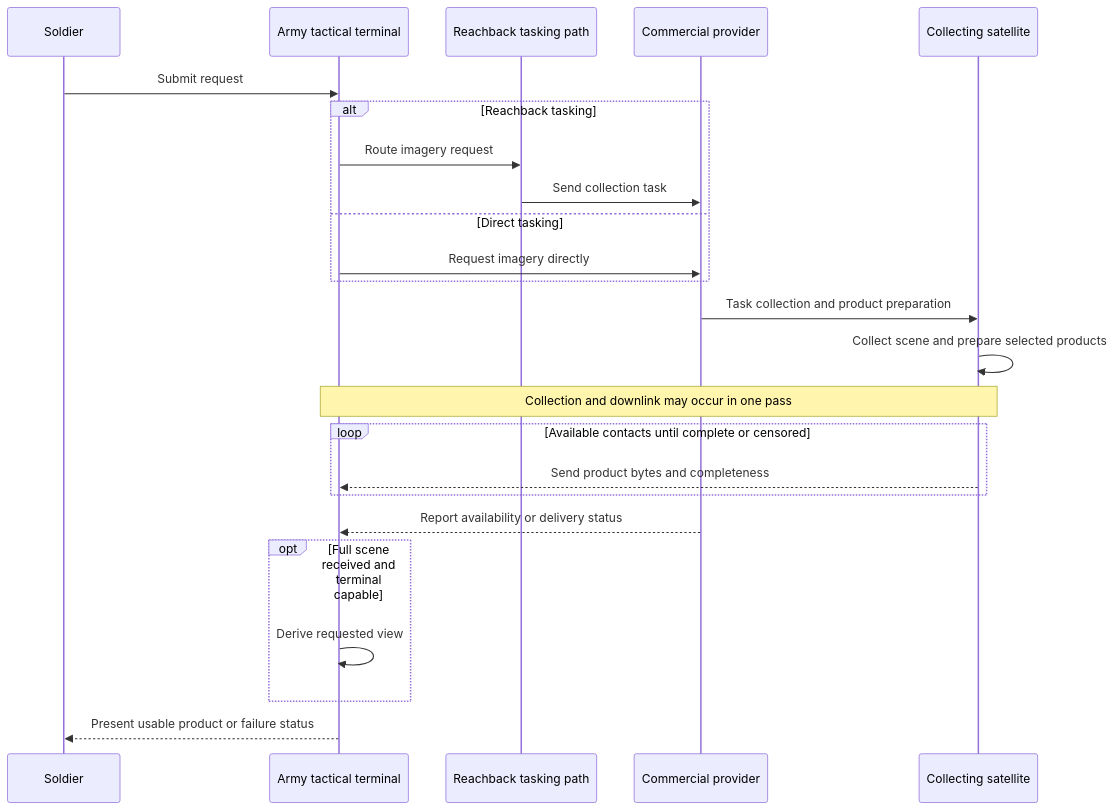
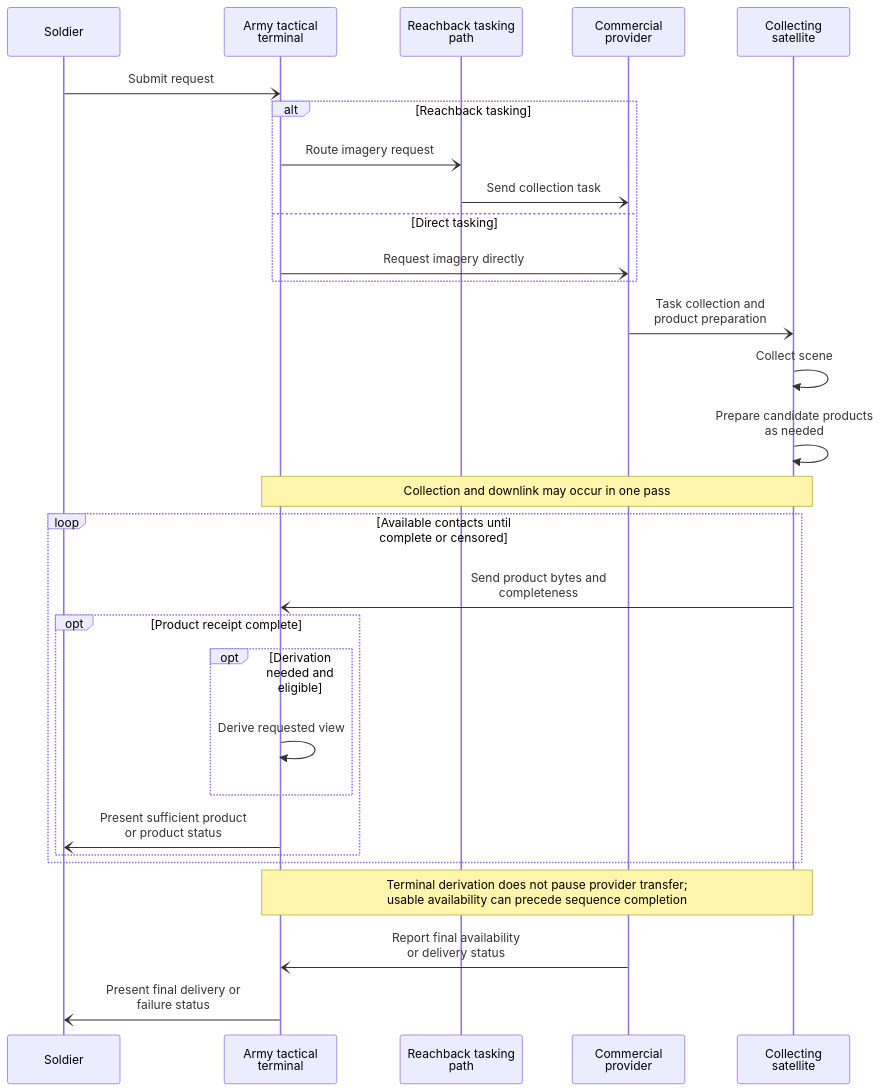
The seventh of 14 diagrams in docs/reference/VIEWS.md (noahstephenson/leo-edge-architecture), drawn with Mermaid before and after one commit. The commit also changed other lines of this file and 128 other files, not shown here.

First line of the commit message:
Complete bounded architecture study and review manuscript

````diff
--- a/docs/reference/VIEWS.md
+++ b/docs/reference/VIEWS.md
@@ -154,26 +150,31 @@
 ```mermaid
 sequenceDiagram
     participant U as Soldier
-    participant T as Army tactical terminal
-    participant R as Reachback tasking path
-    participant P as Commercial provider
-    participant S as Collecting satellite
-    U->>T: Submit request
+    participant T as Army tactical<br/>terminal
+    participant R as Reachback tasking<br/>path
+    participant P as Commercial<br/>provider
+    participant S as Collecting<br/>satellite
+    U-)T: Submit request
     alt Reachback tasking
-    T->>R: Route imagery request
-    R->>P: Send collection task
+    T-)R: Route imagery request
+    R-)P: Send collection task
     else Direct tasking
-    T->>P: Request imagery directly
+    T-)P: Request imagery directly
     end
-    P->>S: Task collection and product preparation
-    S->>S: Collect scene and prepare selected products
+    P-)S: Task collection and<br/>product preparation
+    S->>S: Collect scene
+    S->>S: Prepare candidate products<br/>as needed
     Note over S,T: Collection and downlink may occur in one pass
-    loop Available contacts until complete or censored
-    S-->>T: Send product bytes and completeness
-    end
-    P-->>T: Report availability or delivery status
-    opt Full scene received and terminal capable
+    loop Available contacts until<br/>complete or censored
+    S-)T: Send product bytes and<br/>completeness
+    opt Product receipt complete
+    opt Derivation needed and eligible
     T->>T: Derive requested view
     end
-    T-->>U: Present usable product or failure status
+    T-)U: Present sufficient product<br/>or product status
+    end
+    end
+    Note over S,T: Terminal derivation does not pause provider transfer#59;<br/>usable availability can precede sequence completion
+    P-)T: Report final availability<br/>or delivery status
+    T-)U: Present final delivery or<br/>failure status
 ```
````
